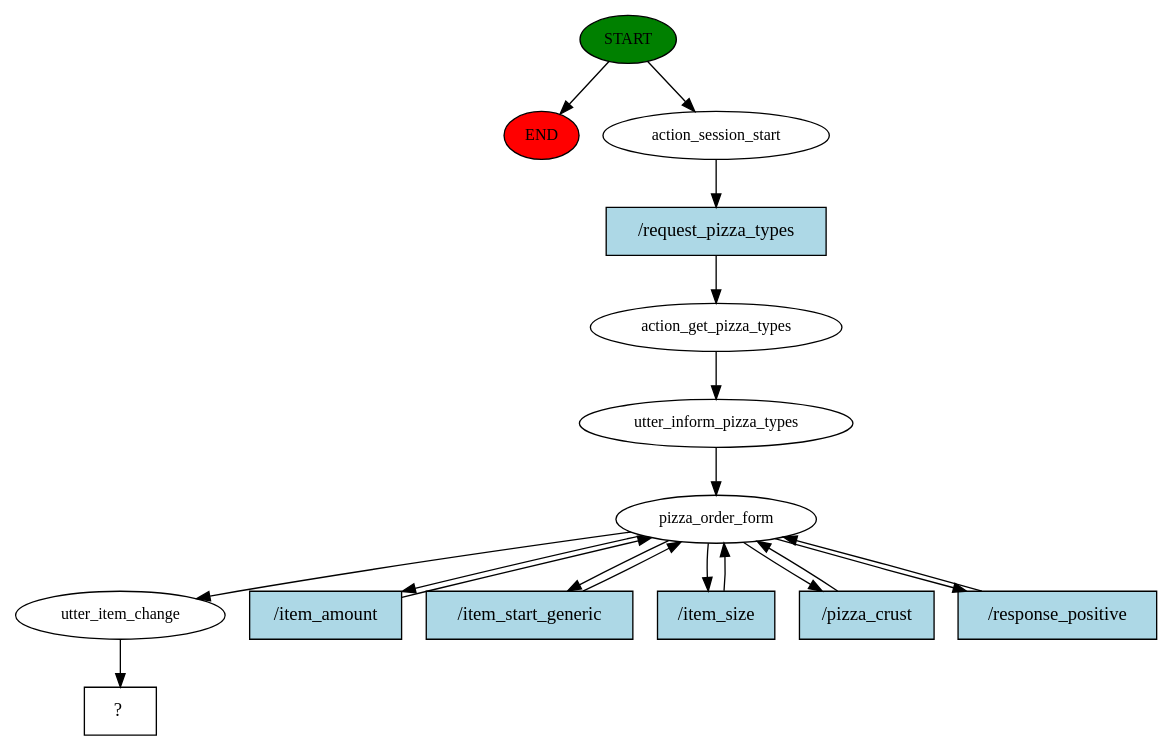
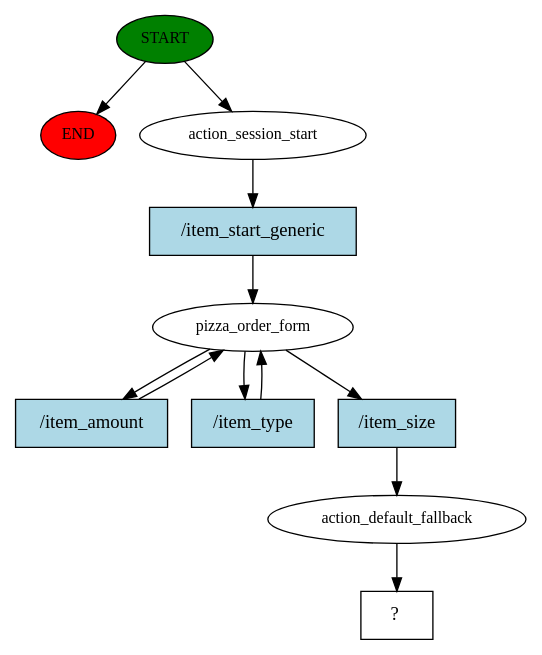
Before and after one commit to ericsua/PizzaBot: the diagram in story_graph.dot, drawn with Graphviz. The commit also changed 18 other files, not shown here.

```diff
--- a/story_graph.dot
+++ b/story_graph.dot
@@ -1,34 +1,23 @@
 digraph  {
 0 [class="start active", fillcolor=green, fontsize=12, label=START, style=filled];
 "-1" [class=end, fillcolor=red, fontsize=12, label=END, style=filled];
 1 [class=active, fontsize=12, label=action_session_start];
-2 [class=active, fontsize=12, label=action_get_pizza_types];
-3 [class=active, fontsize=12, label=utter_inform_pizza_types];
-4 [class=active, fontsize=12, label=pizza_order_form];
-10 [class=active, fontsize=12, label=utter_item_change];
-11 [class="intent dashed active", label="  ?  ", shape=rect];
-12 [class="intent active", fillcolor=lightblue, label="/request_pizza_types", shape=rect, style=filled];
-13 [class="intent active", fillcolor=lightblue, label="/item_amount", shape=rect, style=filled];
-14 [class="intent active", fillcolor=lightblue, label="/item_start_generic", shape=rect, style=filled];
-15 [class="intent active", fillcolor=lightblue, label="/item_size", shape=rect, style=filled];
-16 [class="intent active", fillcolor=lightblue, label="/pizza_crust", shape=rect, style=filled];
-17 [class="intent active", fillcolor=lightblue, label="/response_positive", shape=rect, style=filled];
+2 [class=active, fontsize=12, label=pizza_order_form];
+5 [class=active, fontsize=12, label=action_default_fallback];
+6 [class="intent dashed active", label="  ?  ", shape=rect];
+7 [class="intent active", fillcolor=lightblue, label="/item_start_generic", shape=rect, style=filled];
+8 [class="intent active", fillcolor=lightblue, label="/item_amount", shape=rect, style=filled];
+9 [class="intent active", fillcolor=lightblue, label="/item_type", shape=rect, style=filled];
+10 [class="intent active", fillcolor=lightblue, label="/item_size", shape=rect, style=filled];
 0 -> "-1"  [class="", key=NONE, label=""];
 0 -> 1  [class=active, key=NONE, label=""];
-1 -> 12  [class=active, key=0];
-2 -> 3  [class=active, key=NONE, label=""];
-3 -> 4  [class=active, key=NONE, label=""];
-4 -> 10  [class=active, key=NONE, label=""];
-4 -> 13  [class=active, key=0];
-4 -> 14  [class=active, key=0];
-4 -> 15  [class=active, key=0];
-4 -> 16  [class=active, key=0];
-4 -> 17  [class=active, key=0];
-10 -> 11  [class=active, key=NONE, label=""];
-12 -> 2  [class=active, key=0];
-13 -> 4  [class=active, key=0];
-14 -> 4  [class=active, key=0];
-15 -> 4  [class=active, key=0];
-16 -> 4  [class=active, key=0];
-17 -> 4  [class=active, key=0];
+1 -> 7  [class=active, key=0];
+2 -> 8  [class=active, key=0];
+2 -> 9  [class=active, key=0];
+2 -> 10  [class=active, key=0];
+5 -> 6  [class=active, key=NONE, label=""];
+7 -> 2  [class=active, key=0];
+8 -> 2  [class=active, key=0];
+9 -> 2  [class=active, key=0];
+10 -> 5  [class=active, key=0];
 }
```
